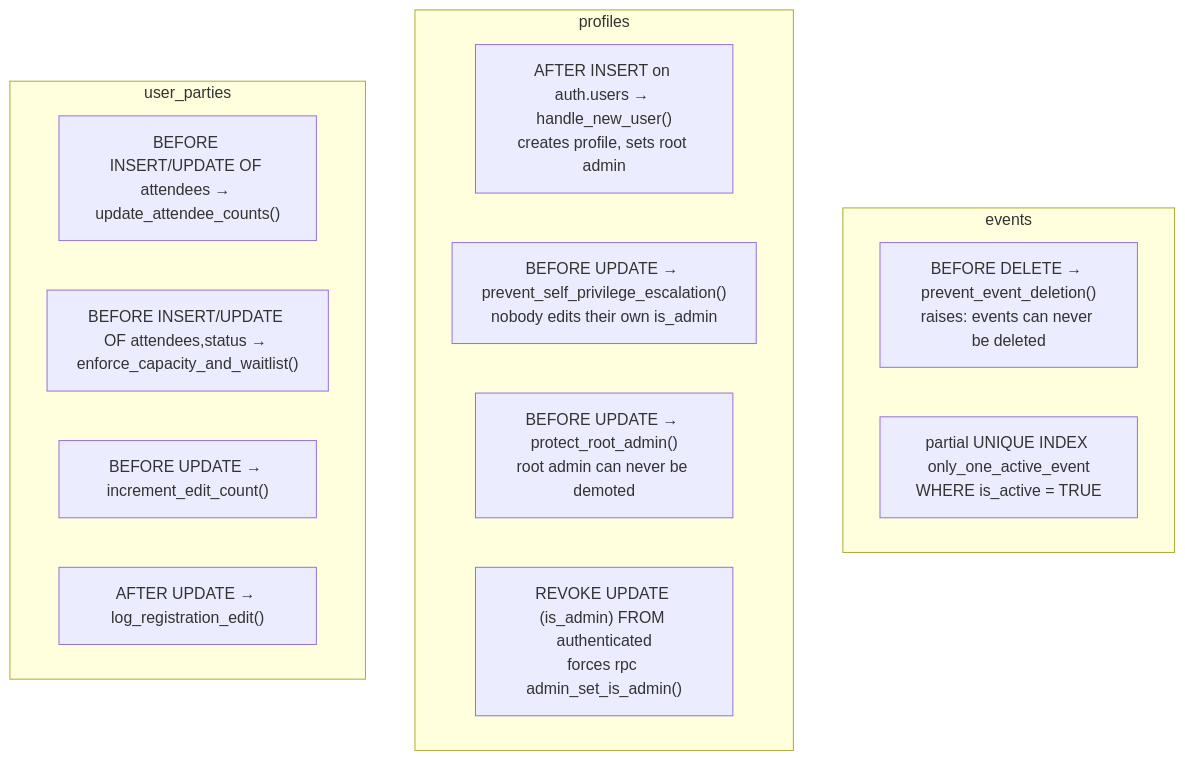
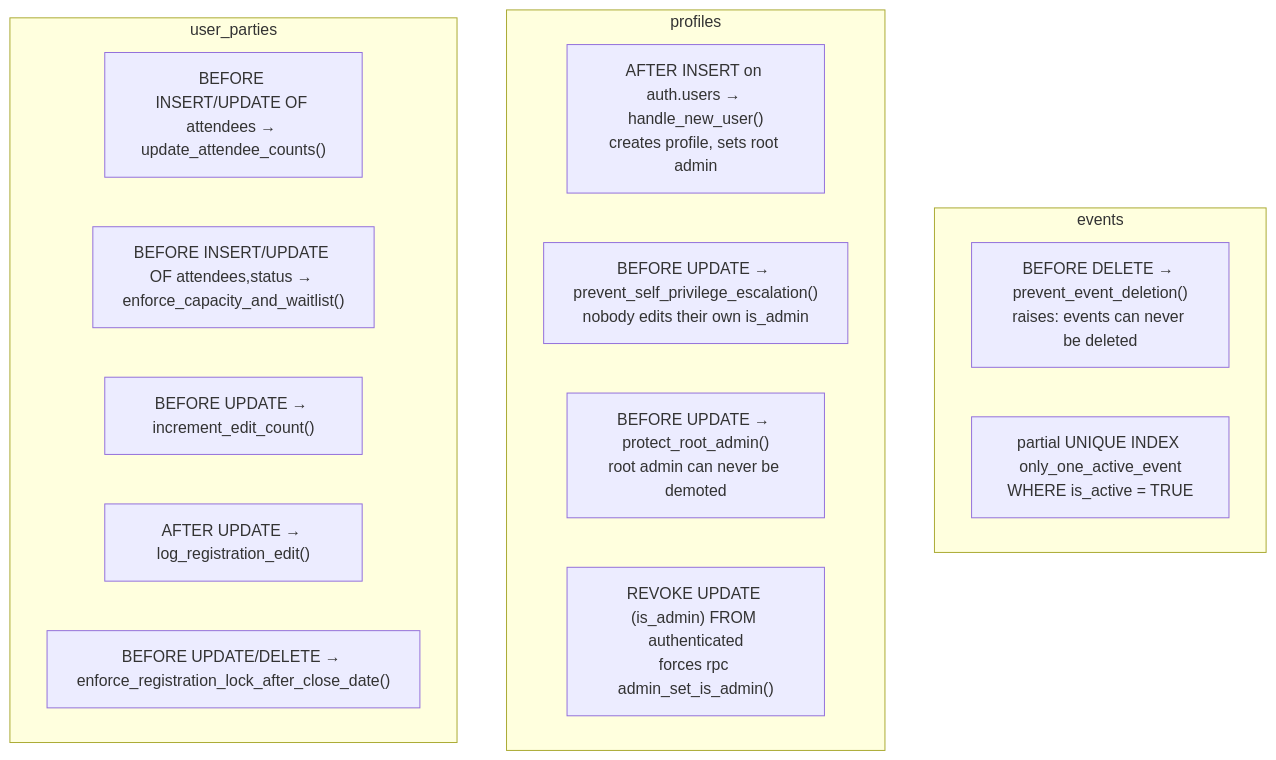
The second of 2 diagrams in docs/03-data-model.md (YULmix/yulmix-la-bedaine), drawn with Mermaid before and after one commit. The commit also changed other lines of this file and 4 other files, not shown here.

First line of the commit message:
fix(registrations): lock deletion/removal after registration close date (#38) (#79)

````diff
--- a/docs/03-data-model.md
+++ b/docs/03-data-model.md
@@ -203,19 +204,20 @@
 ```mermaid
 flowchart TD
   subgraph events
     E1["BEFORE DELETE → prevent_event_deletion()<br/>raises: events can never be deleted"]
     E2["partial UNIQUE INDEX only_one_active_event<br/>WHERE is_active = TRUE"]
   end
   subgraph profiles
     P1["AFTER INSERT on auth.users → handle_new_user()<br/>creates profile, sets root admin"]
     P2["BEFORE UPDATE → prevent_self_privilege_escalation()<br/>nobody edits their own is_admin"]
     P3["BEFORE UPDATE → protect_root_admin()<br/>root admin can never be demoted"]
     P4["REVOKE UPDATE (is_admin) FROM authenticated<br/>forces rpc admin_set_is_admin()"]
   end
   subgraph user_parties
     U1["BEFORE INSERT/UPDATE OF attendees → update_attendee_counts()"]
     U2["BEFORE INSERT/UPDATE OF attendees,status → enforce_capacity_and_waitlist()"]
     U3["BEFORE UPDATE → increment_edit_count()"]
     U4["AFTER UPDATE → log_registration_edit()"]
+    U5["BEFORE UPDATE/DELETE → enforce_registration_lock_after_close_date()"]
   end
 ```
````
